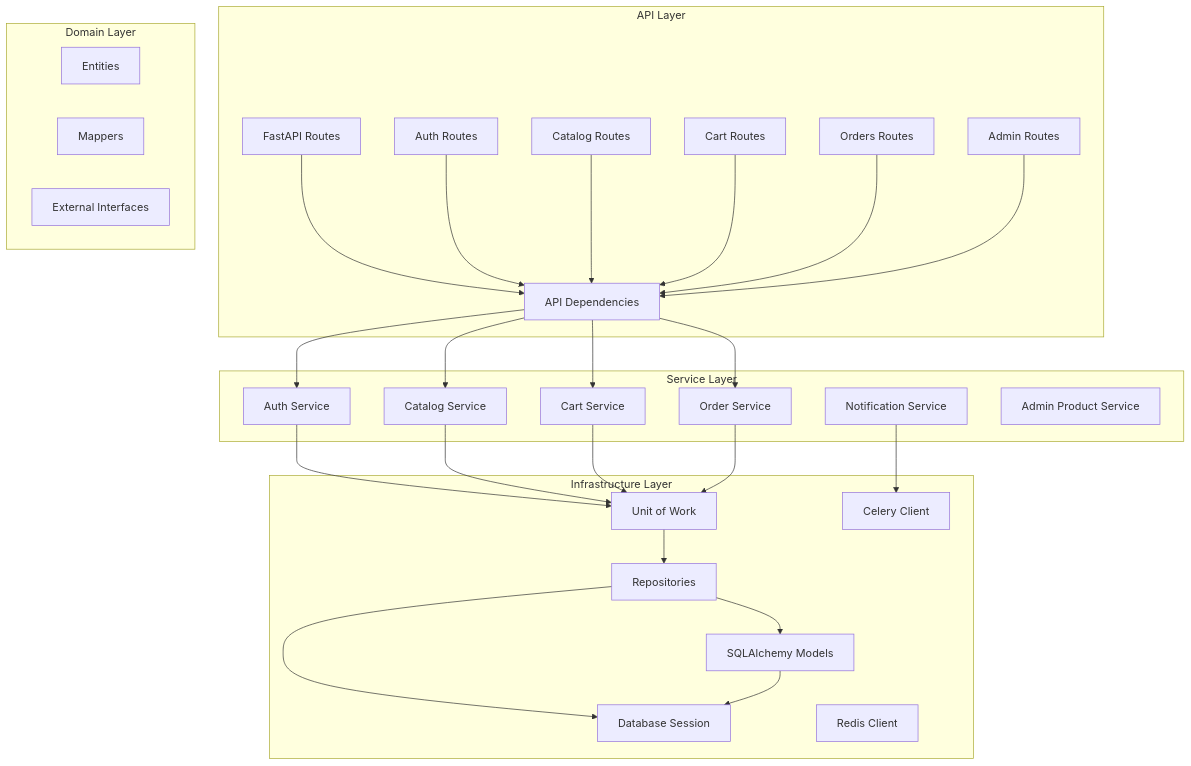
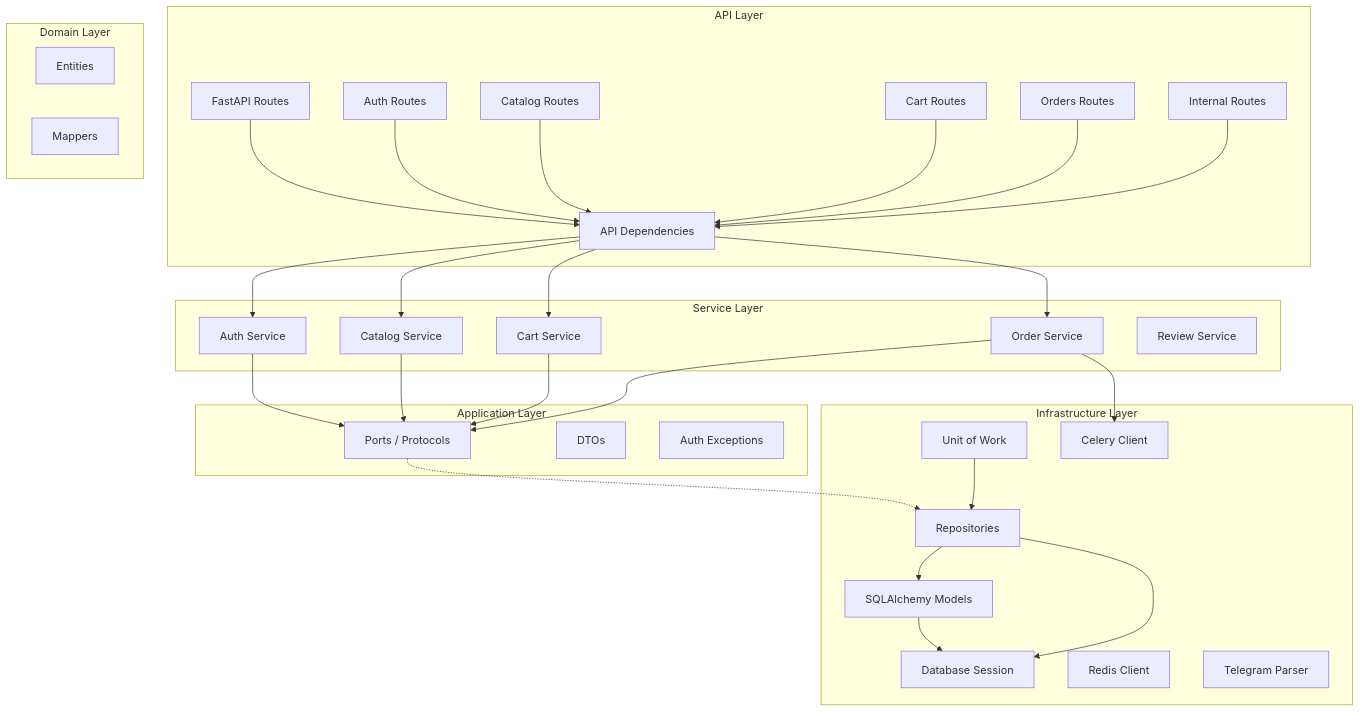
The diagram in README.md (Mist3s/leaf-flow), drawn with Mermaid before and after one commit. The commit also changed other lines of this file, not shown here.

````diff
--- a/README.md
+++ b/README.md
@@ -96,46 +97,52 @@
 ```mermaid
 graph TB
     subgraph "API Layer"
         A[FastAPI Routes] --> B[API Dependencies]
         A1[Auth Routes] --> B
         A2[Catalog Routes] --> B
         A3[Cart Routes] --> B
         A4[Orders Routes] --> B
-        A5[Admin Routes] --> B
+        A5[Internal Routes] --> B
     end
 
     subgraph "Service Layer"
         C1[Auth Service]
         C2[Catalog Service]
         C3[Cart Service]
         C4[Order Service]
-        C5[Notification Service]
-        C6[Admin Product Service]
+        C5[Review Service]
+    end
+
+    subgraph "Application Layer"
+        P1[Ports / Protocols]
+        P2[DTOs]
+        P3[Auth Exceptions]
     end
 
     subgraph "Infrastructure Layer"
         D[Unit of Work] --> E[Repositories]
         E --> F[SQLAlchemy Models]
         G[Database Session]
         H[Redis Client]
         I[Celery Client]
+        T[Telegram Parser]
     end
 
     subgraph "Domain Layer"
         J[Entities]
         K[Mappers]
-        L[External Interfaces]
     end
 
     B --> C1
     B --> C2
     B --> C3
     B --> C4
-    C1 --> D
-    C2 --> D
-    C3 --> D
-    C4 --> D
-    C5 --> I
+    C1 --> P1
+    C2 --> P1
+    C3 --> P1
+    C4 --> P1
+    P1 -.-> E
     E --> G
     F --> G
+    C4 --> I
 ```
````
